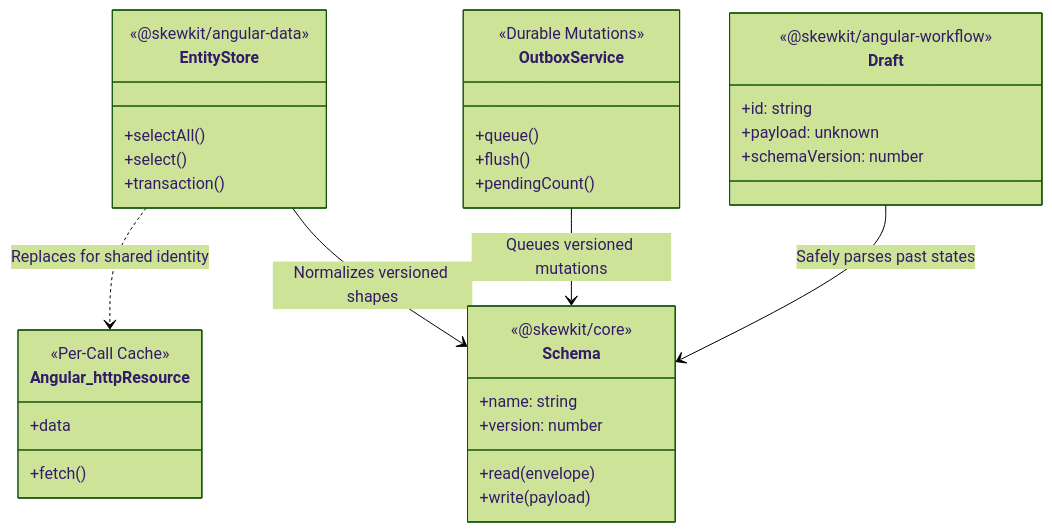
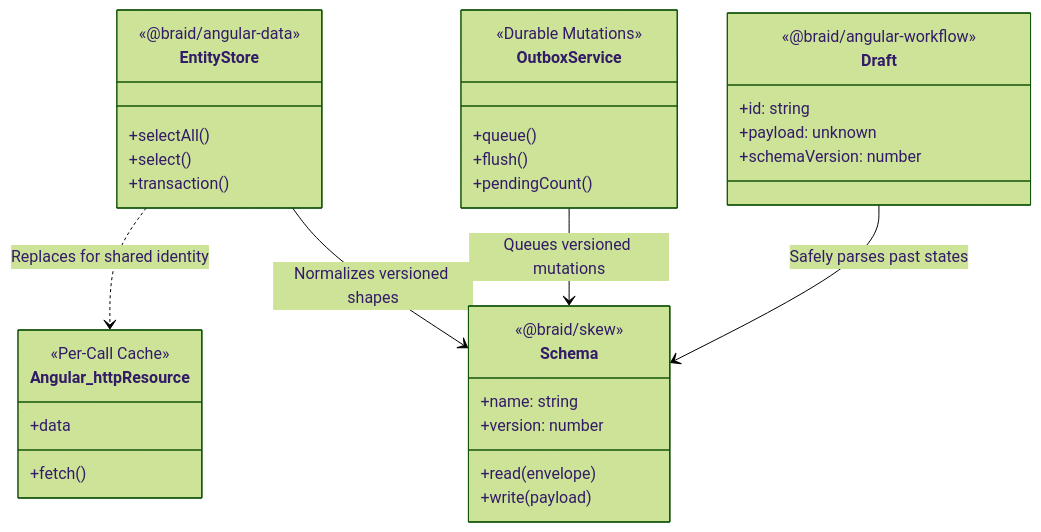
One commit to Jefftopia/skew changed the third of 3 diagrams in docs/architecture.md. Above: the diagram before and after it, drawn with Mermaid (forest theme). The commit also changed other lines of this file and 326 other files, not shown here.

````diff
--- a/docs/architecture.md
+++ b/docs/architecture.md
@@ -71,42 +71,42 @@
 ```mermaid
 classDiagram
     class Angular_httpResource {
         <<Per-Call Cache>>
         +fetch()
         +data
     }
     
     class EntityStore {
-        <<@skewkit/angular-data>>
+        <<@braid/angular-data>>
         +selectAll()
         +select()
         +transaction()
     }
     
     class OutboxService {
         <<Durable Mutations>>
         +queue()
         +flush()
         +pendingCount()
     }
 
     class Schema {
-        <<@skewkit/core>>
+        <<@braid/skew>>
         +name: string
         +version: number
         +read(envelope)
         +write(payload)
     }
     
     class Draft {
-        <<@skewkit/angular-workflow>>
+        <<@braid/angular-workflow>>
         +id: string
         +payload: unknown
         +schemaVersion: number
     }
     
     EntityStore ..> Angular_httpResource : Replaces for shared identity
     EntityStore --> Schema : Normalizes versioned shapes
     OutboxService --> Schema : Queues versioned mutations
     Draft --> Schema : Safely parses past states
 ```
````
